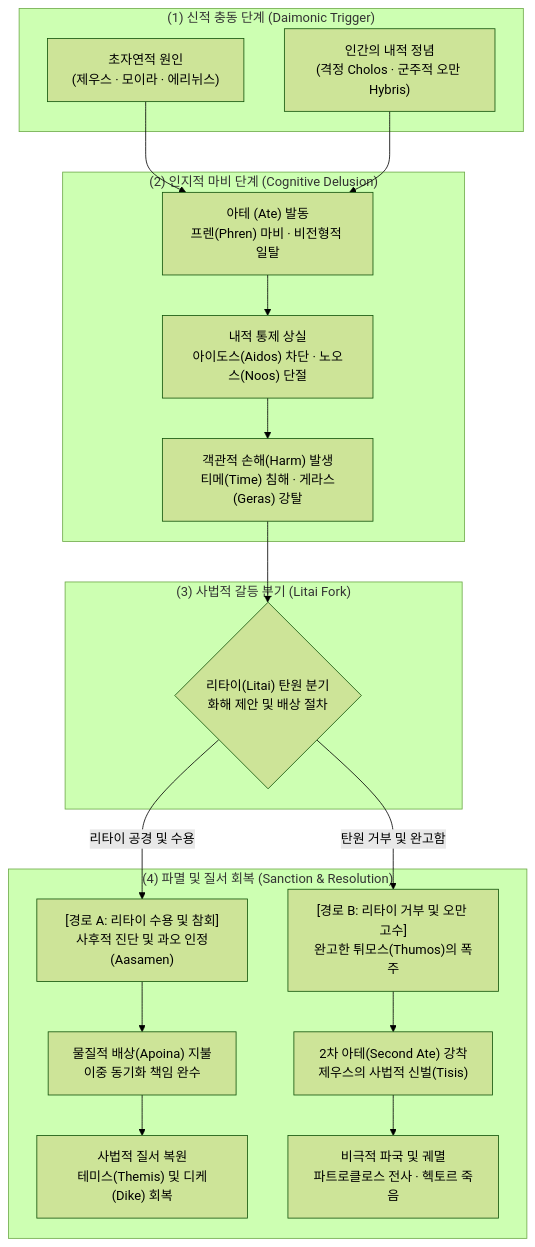
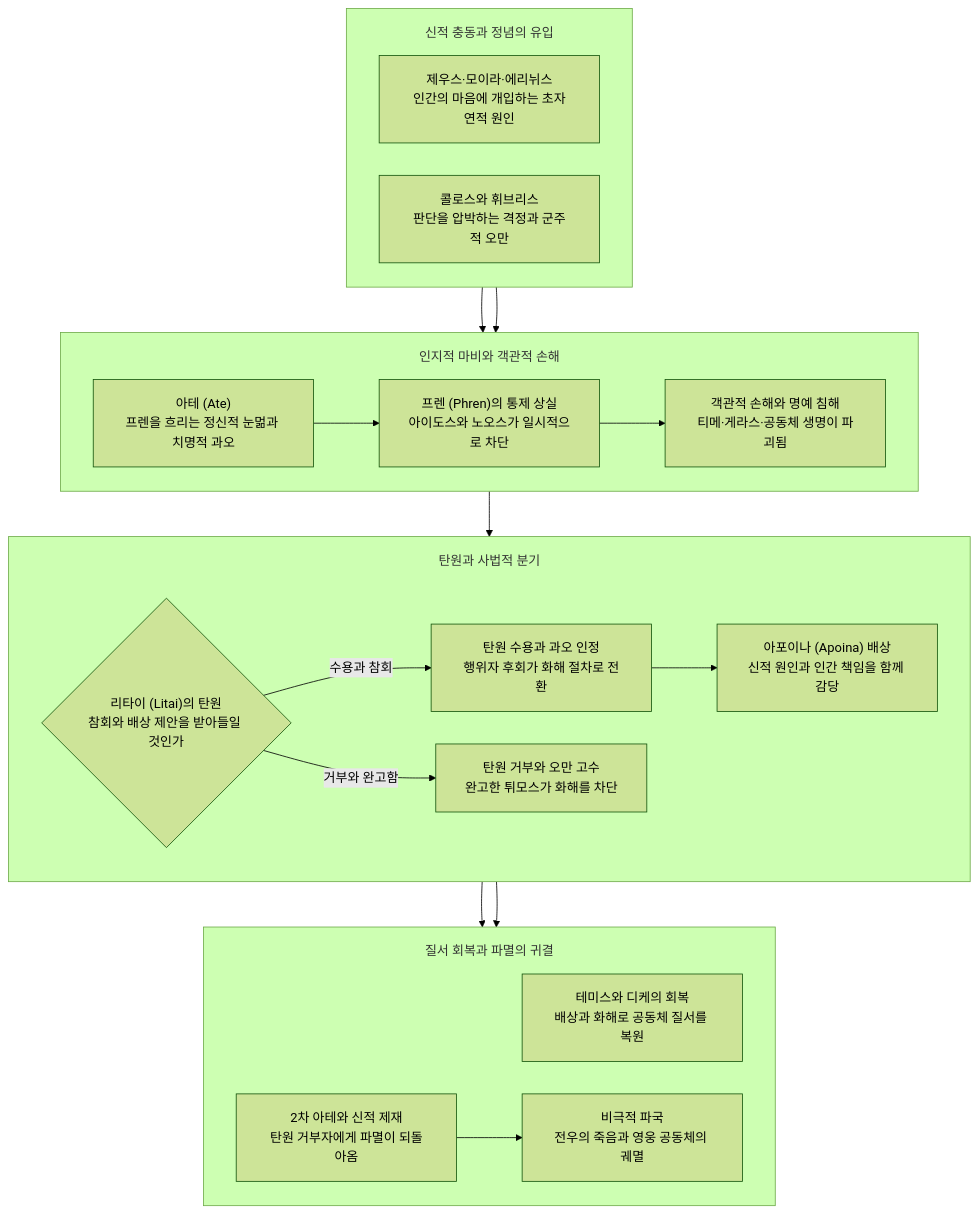
One commit to YgHnSIM/Homer_wiki changed the diagram in wiki/concepts/concept-ate.md. Above: the diagram before and after it, drawn with Mermaid (forest theme). The commit also changed other lines of this file and 9 other files, not shown here.

Commit message:
refactor(concepts): concept Mermaid 신규격 일괄 적용

````diff
--- a/wiki/concepts/concept-ate.md
+++ b/wiki/concepts/concept-ate.md
@@ -112,41 +112,43 @@
 ```mermaid
+%%{init: {'flowchart': {'useMaxWidth': true, 'nodeSpacing': 40, 'rankSpacing': 56, 'padding': 18, 'subGraphTitleMargin': {'top': 18, 'bottom': 10}}}}%%
 flowchart TD
-    subgraph S1 ["(1) 신적 충동 단계 (Daimonic Trigger)"]
-        G1["초자연적 원인<br/>(제우스 · 모이라 · 에리뉘스)"]
-        P1["인간의 내적 정념<br/>(격정 Cholos · 군주적 오만 Hybris)"]
+    subgraph Causes ["신적 충동과 정념의 유입"]
+        direction LR
+        Daimon["제우스·모이라·에리뉘스<br/>인간의 마음에 개입하는 초자연적 원인"]
+        Passion["콜로스와 휘브리스<br/>판단을 압박하는 격정과 군주적 오만"]
     end
 
-    subgraph S2 ["(2) 인지적 마비 단계 (Cognitive Delusion)"]
-        AteNode["아테 (Ate) 발동<br/>프렌(Phren) 마비 · 비전형적 일탈"]
-        Loss["내적 통제 상실<br/>아이도스(Aidos) 차단 · 노오스(Noos) 단절"]
-        Viol["객관적 손해(Harm) 발생<br/>티메(Time) 침해 · 게라스(Geras) 강탈"]
+    subgraph Delusion ["인지적 마비와 객관적 손해"]
+        direction LR
+        Ate["아테 (Ate)<br/>프렌을 흐리는 정신적 눈멂과 치명적 과오"]:::focus
+        Phren["프렌 (Phren)의 통제 상실<br/>아이도스와 노오스가 일시적으로 차단"]
+        Harm["객관적 손해와 명예 침해<br/>티메·게라스·공동체 생명이 파괴됨"]:::crisis
+        Ate --> Phren
+        Phren --> Harm
     end
 
-    subgraph S3 ["(3) 사법적 갈등 분기 (Litai Fork)"]
-        Fork{"리타이(Litai) 탄원 분기<br/>화해 제안 및 배상 절차"}
+    subgraph Judgment ["탄원과 사법적 분기"]
+        direction LR
+        Litai{"리타이 (Litai)의 탄원<br/>참회와 배상 제안을 받아들일 것인가"}
+        Accept["탄원 수용과 과오 인정<br/>행위자 후회가 화해 절차로 전환"]:::resolve
+        Apoina["아포이나 (Apoina) 배상<br/>신적 원인과 인간 책임을 함께 감당"]:::resolve
+        Reject["탄원 거부와 오만 고수<br/>완고한 튀모스가 화해를 차단"]:::crisis
+        Litai -->|"수용과 참회"| Accept
+        Accept --> Apoina
+        Litai -->|"거부와 완고함"| Reject
     end
 
-    subgraph S4 ["(4) 파멸 및 질서 회복 (Sanction & Resolution)"]
-        Accept["[경로 A: 리타이 수용 및 참회]<br/>사후적 진단 및 과오 인정(Aasamen)"]
-        Apoina["물질적 배상(Apoina) 지불<br/>이중 동기화 책임 완수"]
-        Restored["사법적 질서 복원<br/>테미스(Themis) 및 디케(Dike) 회복"]
-
-        Reject["[경로 B: 리타이 거부 및 오만 고수]<br/>완고한 튀모스(Thumos)의 폭주"]
-        SecondAte["2차 아테(Second Ate) 강착<br/>제우스의 사법적 신벌(Tisis)"]
-        Ruin["비극적 파국 및 궤멸<br/>파트로클로스 전사 · 헥토르 죽음"]
+    subgraph Outcome ["질서 회복과 파멸의 귀결"]
+        direction LR
+        Restored["테미스와 디케의 회복<br/>배상과 화해로 공동체 질서를 복원"]:::resolve
+        SecondAte["2차 아테와 신적 제재<br/>탄원 거부자에게 파멸이 되돌아옴"]:::crisis
+        Ruin["비극적 파국<br/>전우의 죽음과 영웅 공동체의 궤멸"]:::crisis
     end
 
-    G1 --> AteNode
-    P1 --> AteNode
-    AteNode --> Loss
-    Loss --> Viol
-    Viol --> Fork
-
-    Fork -->|리타이 공경 및 수용| Accept
-    Accept --> Apoina
+    Daimon --> Ate
+    Passion --> Ate
+    Harm --> Litai
     Apoina --> Restored
-
-    Fork -->|탄원 거부 및 완고함| Reject
     Reject --> SecondAte
     SecondAte --> Ruin
 ```
````
